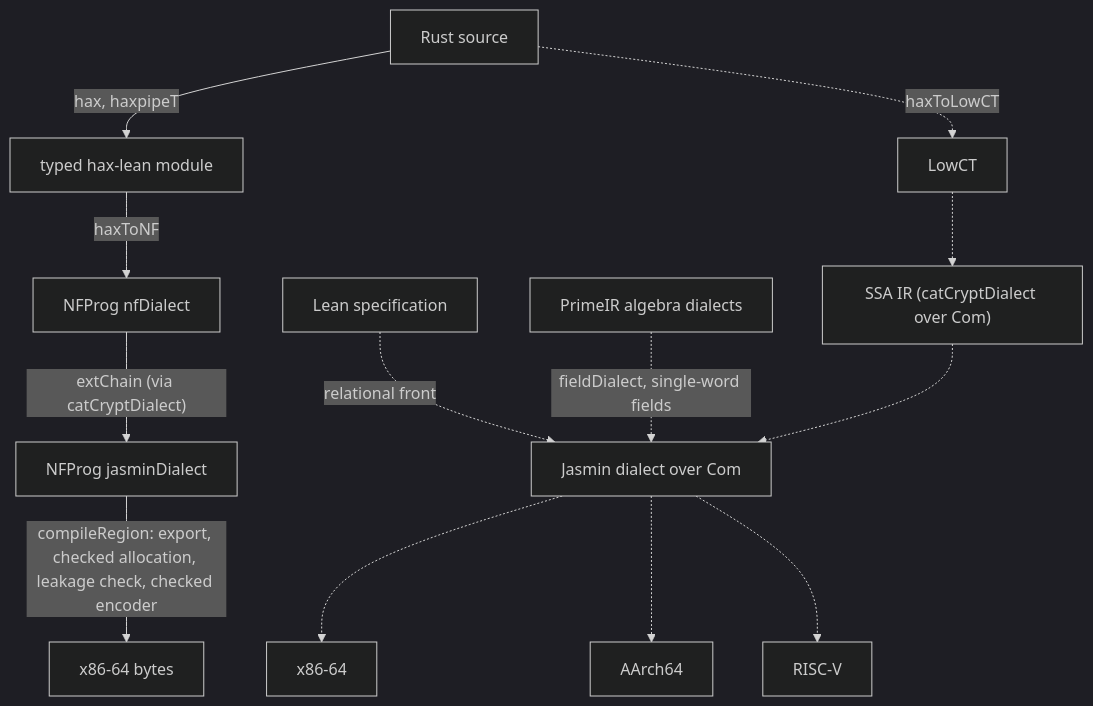
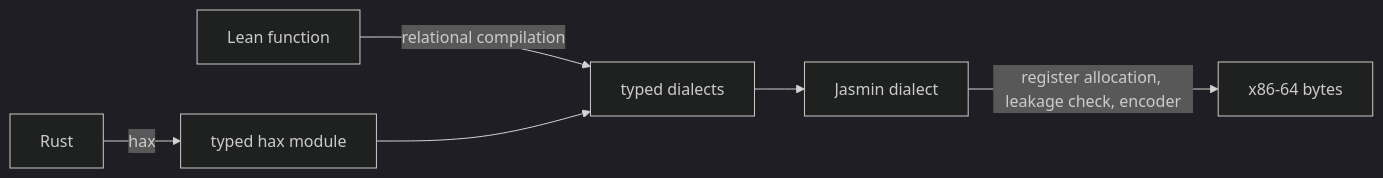
Before and after one commit to spitters/catcrypt-compiler: the diagram in README.md, drawn with Mermaid (dark theme). The commit also changed other lines of this file and 2 other files, not shown here.

````diff
--- a/README.md
+++ b/README.md
@@ -226,15 +19,8 @@
 ```mermaid
-flowchart TD
-    RUST["Rust source"] -->|"hax, haxpipeT"| MOD["typed hax-lean module"]
-    MOD -->|"haxToNF"| NF["NFProg nfDialect"]
-    NF -->|"extChain (via catCryptDialect)"| JNF["NFProg jasminDialect"]
-    JNF -->|"compileRegion: export, checked allocation, leakage check, checked encoder"| BYTES["x86-64 bytes"]
-    RUST -.->|"haxToLowCT"| LOWCT["LowCT"]
-    LOWCT -.-> IR["SSA IR (catCryptDialect over Com)"]
-    SPEC["Lean specification"] -.->|relational front| JAS
-    ALG["PrimeIR algebra dialects"] -.->|fieldDialect, single-word fields| JAS
-    IR -.-> JAS["Jasmin dialect over Com"]
-    JAS -.-> X86["x86-64"]
-    JAS -.-> ARM["AArch64"]
-    JAS -.-> RV["RISC-V"]
+flowchart LR
+    R["Rust"] -->|"hax"| H["typed hax module"]
+    L["Lean function"] -->|"relational compilation"| N
+    H --> N["typed dialects"]
+    N --> J["Jasmin dialect"]
+    J -->|"register allocation, leakage check, encoder"| B["x86-64 bytes"]
 ```
````
